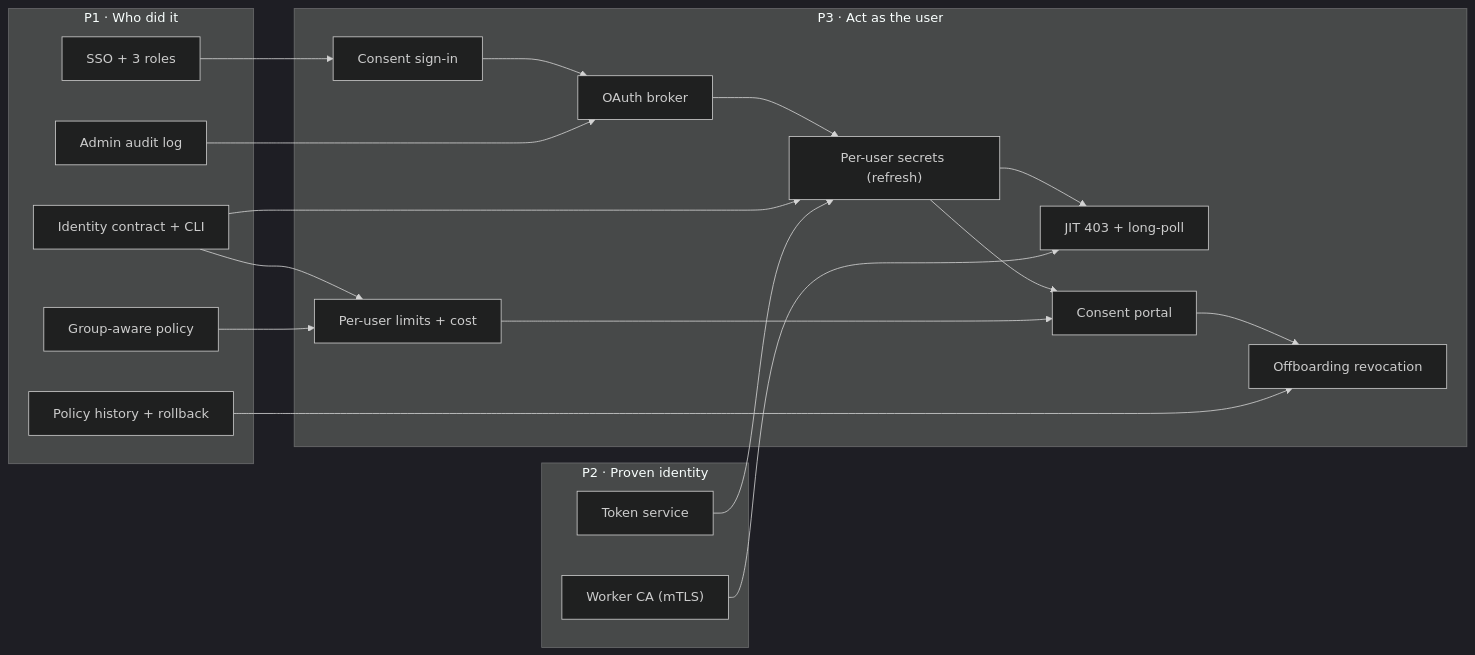
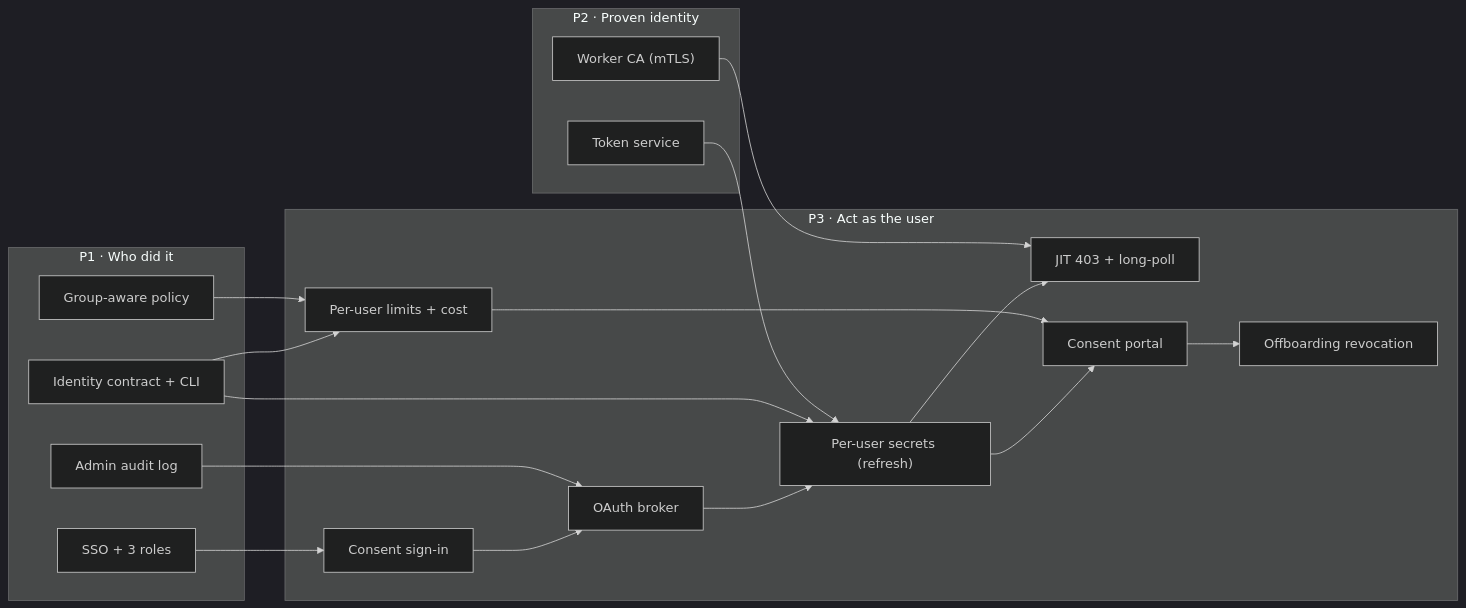
The third of 5 diagrams in docs/roadmap/README.md (ethosagent/warden), drawn with Mermaid (dark theme) before and after one commit. The commit also changed other lines of this file and 22 other files, not shown here.

First line of the commit message:
docs(roadmap): review Phase 2 tickets with requirements, plans and acceptance

````diff
--- a/docs/roadmap/README.md
+++ b/docs/roadmap/README.md
@@ -149,37 +147,35 @@
 ```mermaid
 flowchart LR
   subgraph ph1["P1 · Who did it"]
     p1_identity_contract["Identity contract + CLI"]
     p1_sso_roles["SSO + 3 roles"]
     p1_admin_audit["Admin audit log"]
-    p1_policy_history["Policy history + rollback"]
     p1_group_policy["Group-aware policy"]
   end
   subgraph ph2["P2 · Proven identity"]
     p2_token_service["Token service"]
     p2_worker_ca["Worker CA (mTLS)"]
   end
   subgraph ph3["P3 · Act as the user"]
     p3_consent_signin["Consent sign-in"]
     p3_oauth_broker["OAuth broker"]
     p3_per_user_secrets["Per-user secrets (refresh)"]
     p3_jit["JIT 403 + long-poll"]
     p3_per_user_limits["Per-user limits + cost"]
     p3_consent_portal["Consent portal"]
     p3_offboarding["Offboarding revocation"]
   end
   p1_sso_roles --> p3_consent_signin
   p3_consent_signin --> p3_oauth_broker
   p1_admin_audit --> p3_oauth_broker
   p3_oauth_broker --> p3_per_user_secrets
   p1_identity_contract --> p3_per_user_secrets
   p2_token_service --> p3_per_user_secrets
   p3_per_user_secrets --> p3_jit
   p2_worker_ca --> p3_jit
   p1_identity_contract --> p3_per_user_limits
   p1_group_policy --> p3_per_user_limits
   p3_per_user_secrets --> p3_consent_portal
   p3_per_user_limits --> p3_consent_portal
   p3_consent_portal --> p3_offboarding
-  p1_policy_history --> p3_offboarding
 ```
````
